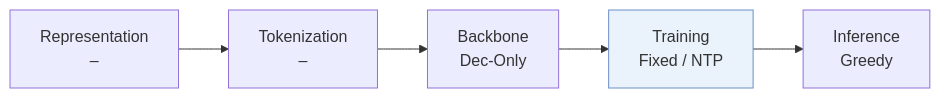
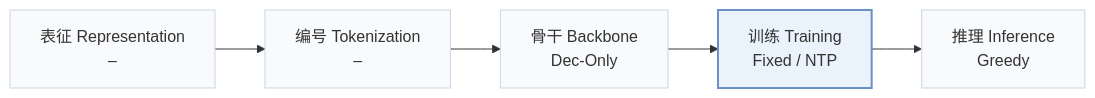
Before and after one commit to Galaxy-ghost/Awesome-SID-Generative-Rec: the first of 2 diagrams in pages/zh/papers/slide.md, drawn with Mermaid. The commit also changed other lines of this file and 649 other files, not shown here.

Commit message:
writer-05: also tags and modality index (schema, check, build, visuals); summary field removed; calibration data for 12 papers

````diff
--- a/pages/zh/papers/slide.md
+++ b/pages/zh/papers/slide.md
@@ -13,6 +15,8 @@
 ```mermaid
 flowchart LR
-    R["Representation<br/>–"] --> T["Tokenization<br/>–"] --> B["Backbone<br/>Dec-Only"] --> TR["Training<br/>Fixed / NTP"] --> I["Inference<br/>Greedy"]
-    classDef main fill:#eaf2fb,stroke:#6b8fc7
+    R["表征 Representation<br/>–"] --> T["编号 Tokenization<br/>–"] --> B["骨干 Backbone<br/>Dec-Only"] --> TR["训练 Training<br/>Fixed / NTP"] --> I["推理 Inference<br/>Greedy"]
+    classDef base fill:#f8fafc,stroke:#cbd5e1
+    class R,T,B,TR,I base
+    classDef main fill:#eaf2fb,stroke:#6b8fc7,stroke-width:2px
     class TR main
 ```
````
